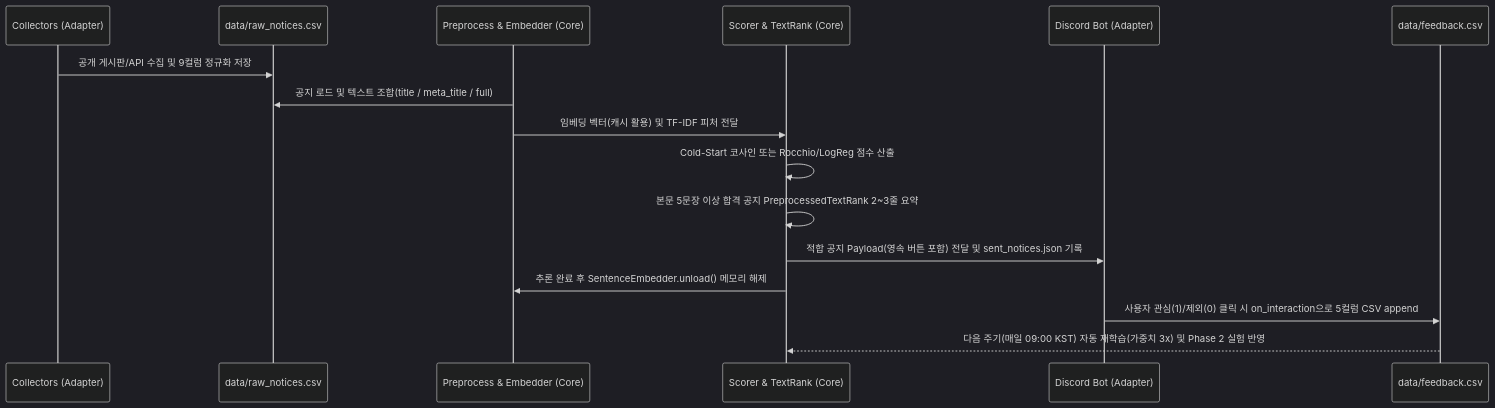
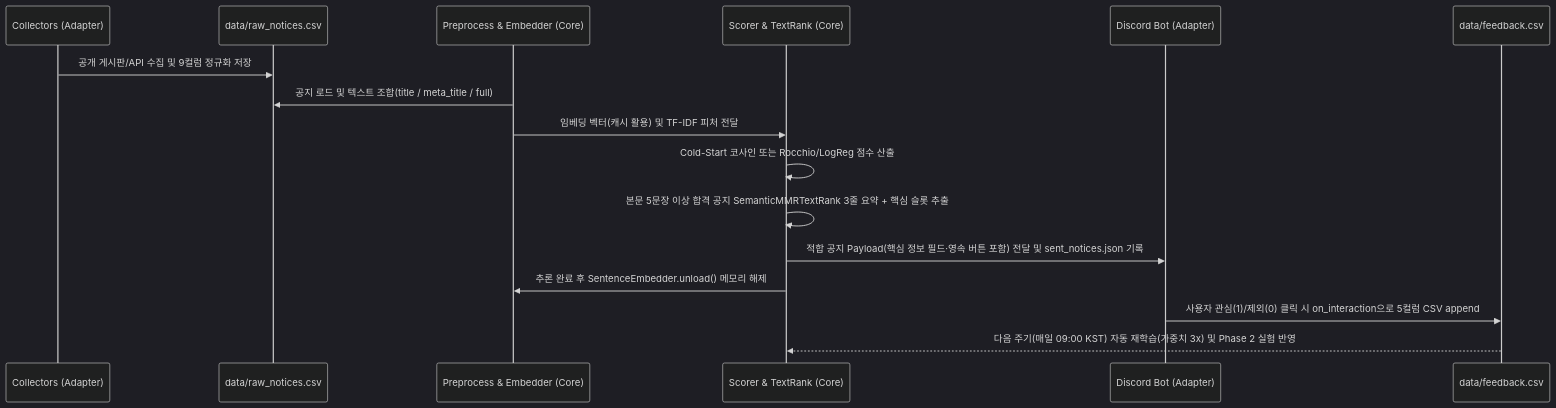
Before and after one commit to tim0700/notice-filter-nlp: the second of 2 diagrams in docs/02_Architecture_and_Contract.md, drawn with Mermaid (dark theme). The commit also changed other lines of this file and 18 other files, not shown here.

Commit message:
feat(NTF-29): add SemanticMMRTextRankSummarizer and Discord key-info slots

````diff
--- a/docs/02_Architecture_and_Contract.md
+++ b/docs/02_Architecture_and_Contract.md
@@ -46,19 +46,19 @@
 ```mermaid
 sequenceDiagram
     participant C as Collectors (Adapter)
     participant D as data/raw_notices.csv
     participant P as Preprocess & Embedder (Core)
     participant S as Scorer & TextRank (Core)
     participant B as Discord Bot (Adapter)
     participant F as data/feedback.csv
 
     C->>D: 공개 게시판/API 수집 및 9컬럼 정규화 저장
     P->>D: 공지 로드 및 텍스트 조합(title / meta_title / full)
     P->>S: 임베딩 벡터(캐시 활용) 및 TF-IDF 피처 전달
     S->>S: Cold-Start 코사인 또는 Rocchio/LogReg 점수 산출
-    S->>S: 본문 5문장 이상 합격 공지 PreprocessedTextRank 2~3줄 요약
-    S->>B: 적합 공지 Payload(영속 버튼 포함) 전달 및 sent_notices.json 기록
+    S->>S: 본문 5문장 이상 합격 공지 SemanticMMRTextRank 3줄 요약 + 핵심 슬롯 추출
+    S->>B: 적합 공지 Payload(핵심 정보 필드·영속 버튼 포함) 전달 및 sent_notices.json 기록
     S->>P: 추론 완료 후 SentenceEmbedder.unload() 메모리 해제
     B->>F: 사용자 관심(1)/제외(0) 클릭 시 on_interaction으로 5컬럼 CSV append
     F-->>S: 다음 주기(매일 09:00 KST) 자동 재학습(가중치 3x) 및 Phase 2 실험 반영
 ```
````
